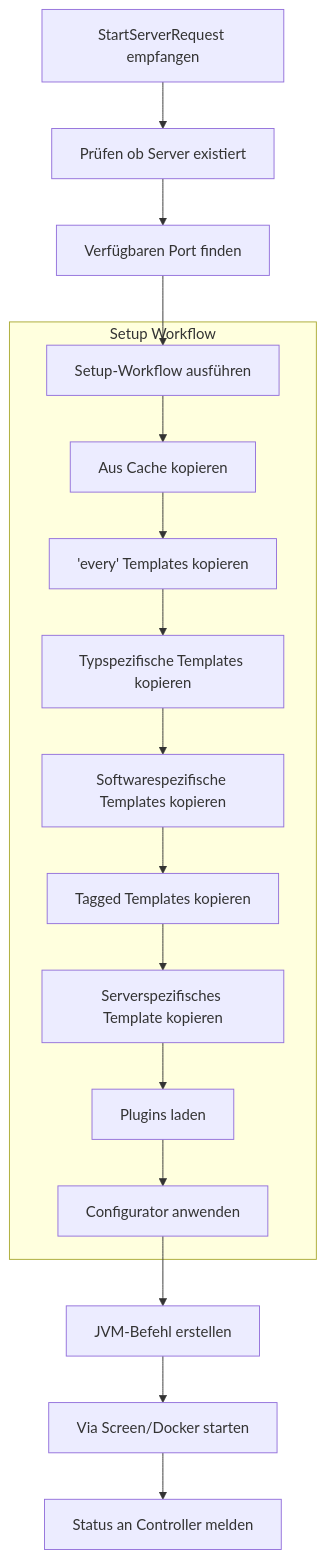
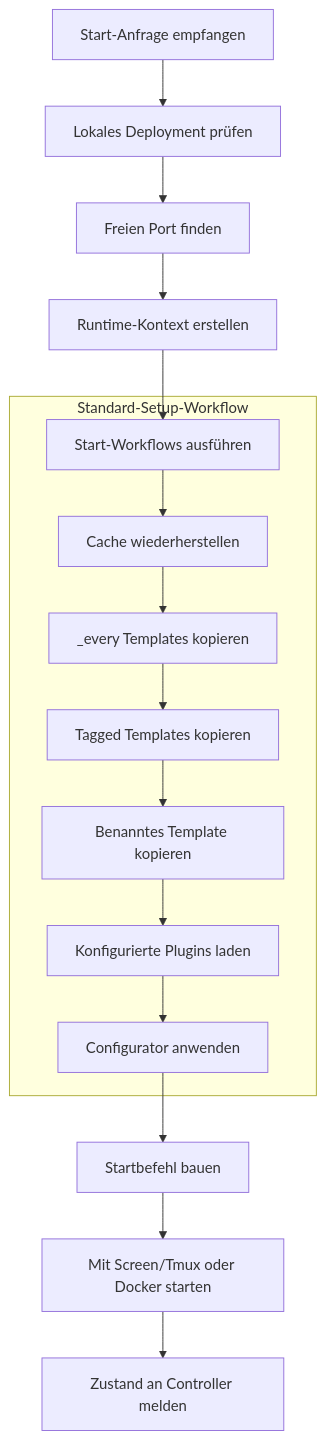
The second of 2 diagrams in de/manual/introduction/architecture/serverhost.mdx (simplecloudapp/docs), drawn with Mermaid before and after one commit. The commit also changed other lines of this file and 46 other files, not shown here.

````diff
--- a/de/manual/introduction/architecture/serverhost.mdx
+++ b/de/manual/introduction/architecture/serverhost.mdx
@@ -182,21 +133,20 @@
 ```mermaid
 flowchart TD
-    A[StartServerRequest empfangen] --> B[Prüfen ob Server existiert]
-    B --> C[Verfügbaren Port finden]
-    C --> D[Setup-Workflow ausführen]
+    A[Start-Anfrage empfangen] --> B[Lokales Deployment prüfen]
+    B --> C[Freien Port finden]
+    C --> D[Runtime-Kontext erstellen]
+    D --> E[Start-Workflows ausführen]
 
-    subgraph Workflow["Setup Workflow"]
-        D --> E[Aus Cache kopieren]
-        E --> F['every' Templates kopieren]
-        F --> G[Typspezifische Templates kopieren]
-        G --> H[Softwarespezifische Templates kopieren]
-        H --> I[Tagged Templates kopieren]
-        I --> J[Serverspezifisches Template kopieren]
-        J --> K[Plugins laden]
-        K --> L[Configurator anwenden]
+    subgraph Setup["Standard-Setup-Workflow"]
+        E --> F[Cache wiederherstellen]
+        F --> G[_every Templates kopieren]
+        G --> H[Tagged Templates kopieren]
+        H --> I[Benanntes Template kopieren]
+        I --> J[Konfigurierte Plugins laden]
+        J --> K[Configurator anwenden]
     end
 
-    L --> M[JVM-Befehl erstellen]
-    M --> N[Via Screen/Docker starten]
-    N --> O[Status an Controller melden]
+    K --> L[Startbefehl bauen]
+    L --> M[Mit Screen/Tmux oder Docker starten]
+    M --> N[Zustand an Controller melden]
 ```
````
